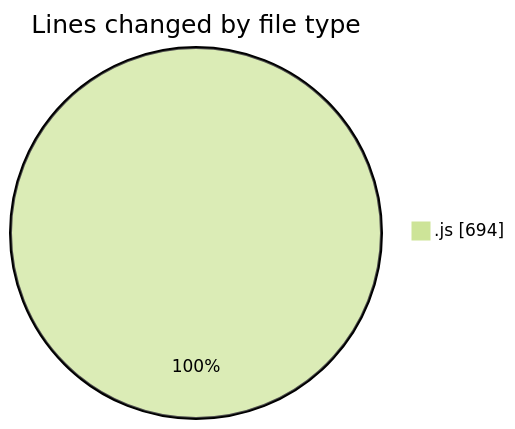
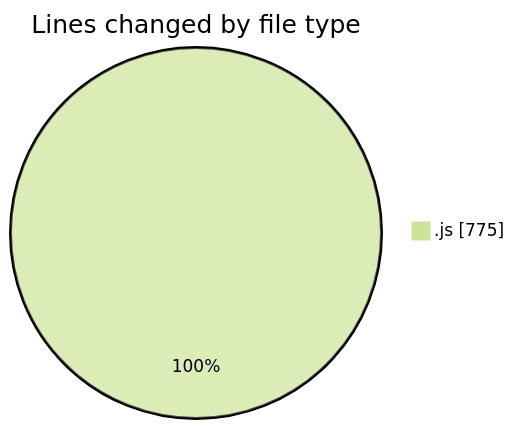
The first of 2 diagrams in 2025-07-26/javascript/README.md (Ritupan-Deka/code-tracking), drawn with Mermaid (forest theme) before and after one commit. The commit also changed other lines of this file and 1 other file, not shown here.

````diff
--- a/2025-07-26/javascript/README.md
+++ b/2025-07-26/javascript/README.md
@@ -21,5 +21,5 @@
 ```mermaid
 pie showData
 title Lines changed by file type
-".js" : 694
+".js" : 775
 ```
````
